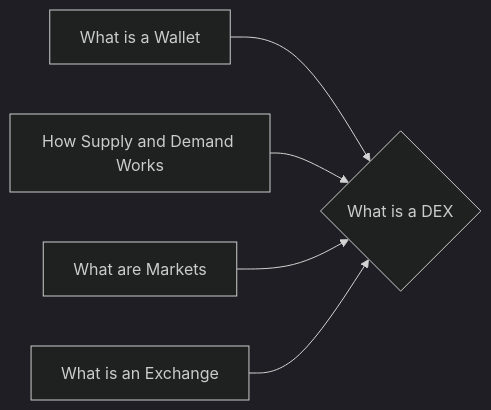
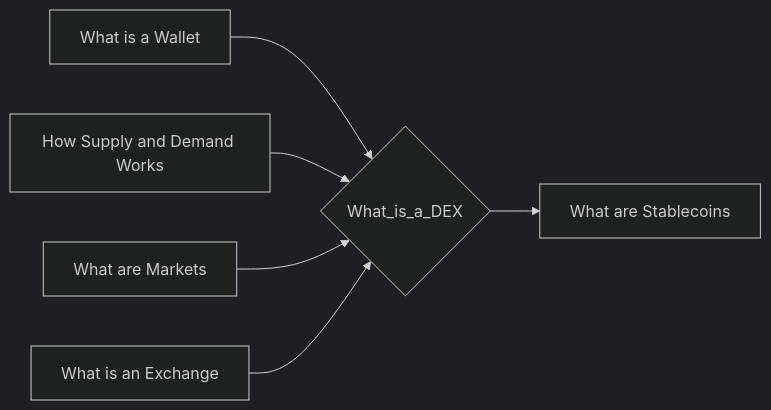
Before and after one commit to lpurdy01/crypto-knowledge-map: the diagram in notes/What_is_a_DEX.md, drawn with Mermaid (dark theme). The commit also changed 161 other files, not shown here.

````diff
--- a/notes/What_is_a_DEX.md
+++ b/notes/What_is_a_DEX.md
@@ -15,7 +15,8 @@
 ```mermaid
 graph LR
-1["What is a Wallet"]-->0{"What is a DEX"}
-2["How Supply and Demand Works"]-->0{"What is a DEX"}
-3["What are Markets"]-->0{"What is a DEX"}
-4["What is an Exchange"]-->0{"What is a DEX"}
+1["What is a Wallet"]-->0{"What_is_a_DEX"}
+2["How Supply and Demand Works"]-->0{"What_is_a_DEX"}
+3["What are Markets"]-->0{"What_is_a_DEX"}
+4["What is an Exchange"]-->0{"What_is_a_DEX"}
+0{"What_is_a_DEX"}-->5["What are Stablecoins"]
 ```
````
